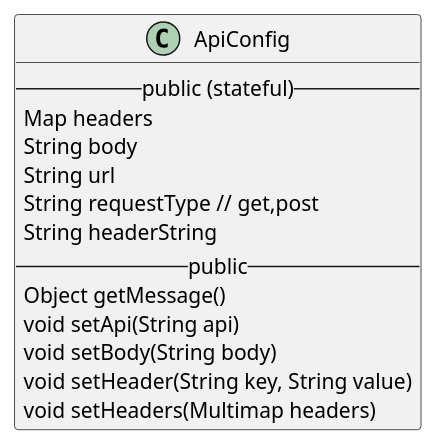
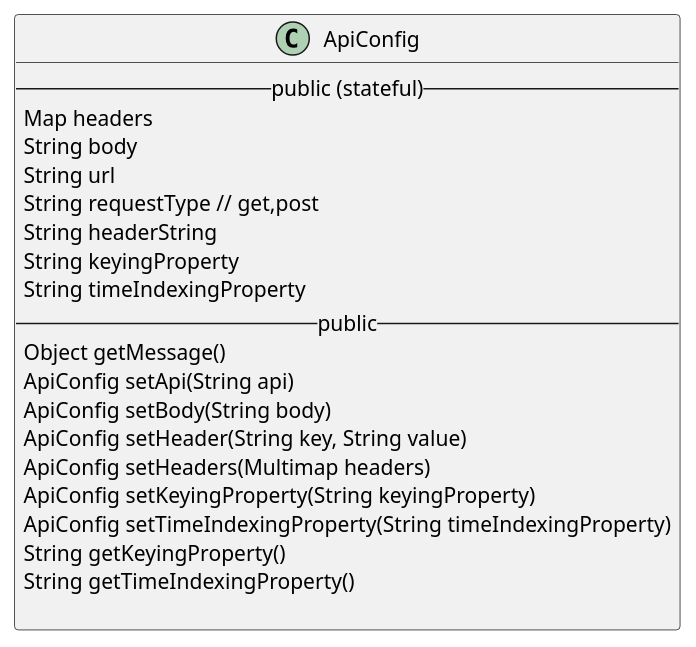
Before and after one commit to datakaveri/iudx-adaptor-framework: the diagram in docs/diagrams/ApiConfig.puml, drawn with PlantUML. The commit also changed 11 other files, not shown here.

```diff
--- a/docs/diagrams/ApiConfig.puml
+++ b/docs/diagrams/ApiConfig.puml
@@ -1,16 +1,23 @@
 @startuml
 class ApiConfig  {
   -- public (stateful) --
   Map headers
   String body
   String url
   String requestType // get,post
   String headerString
+  String keyingProperty
+  String timeIndexingProperty
   -- public --
   Object getMessage()
-  void setApi(String api)
-  void setBody(String body)
-  void setHeader(String key, String value)
-  void setHeaders(Multimap headers)
+  ApiConfig setApi(String api)
+  ApiConfig setBody(String body)
+  ApiConfig setHeader(String key, String value)
+  ApiConfig setHeaders(Multimap headers)
+  ApiConfig setKeyingProperty(String keyingProperty)
+  ApiConfig setTimeIndexingProperty(String timeIndexingProperty)
+  String getKeyingProperty()
+  String getTimeIndexingProperty()
+
 }
 @enduml
```
